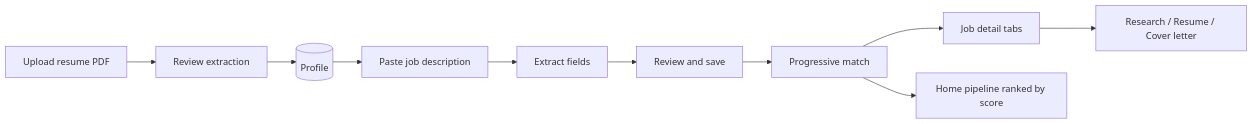
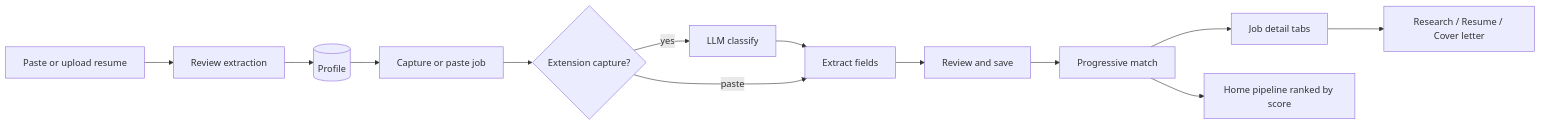
The diagram in docs/project-status.md (semirturgay/ai-career-os), drawn with Mermaid before and after one commit. The commit also changed other lines of this file and 30 other files, not shown here.

First line of the commit message:
feat: source-agnostic job capture with LLM classification

````diff
--- a/docs/project-status.md
+++ b/docs/project-status.md
@@ -13,12 +13,15 @@
 ```mermaid
 flowchart LR
-    A[Upload resume PDF] --> B[Review extraction]
+    A[Paste or upload resume] --> B[Review extraction]
     B --> C[(Profile)]
-    C --> D[Paste job description]
-    D --> E[Extract fields]
-    E --> F[Review and save]
-    F --> G[Progressive match]
-    G --> H[Job detail tabs]
-    H --> I[Research / Resume / Cover letter]
-    G --> J[Home pipeline ranked by score]
+    C --> D[Capture or paste job]
+    D --> E{Extension capture?}
+    E -->|yes| F[LLM classify]
+    F --> G[Extract fields]
+    E -->|paste| G
+    G --> H[Review and save]
+    H --> I[Progressive match]
+    I --> J[Job detail tabs]
+    J --> K[Research / Resume / Cover letter]
+    I --> L[Home pipeline ranked by score]
 ```
````
